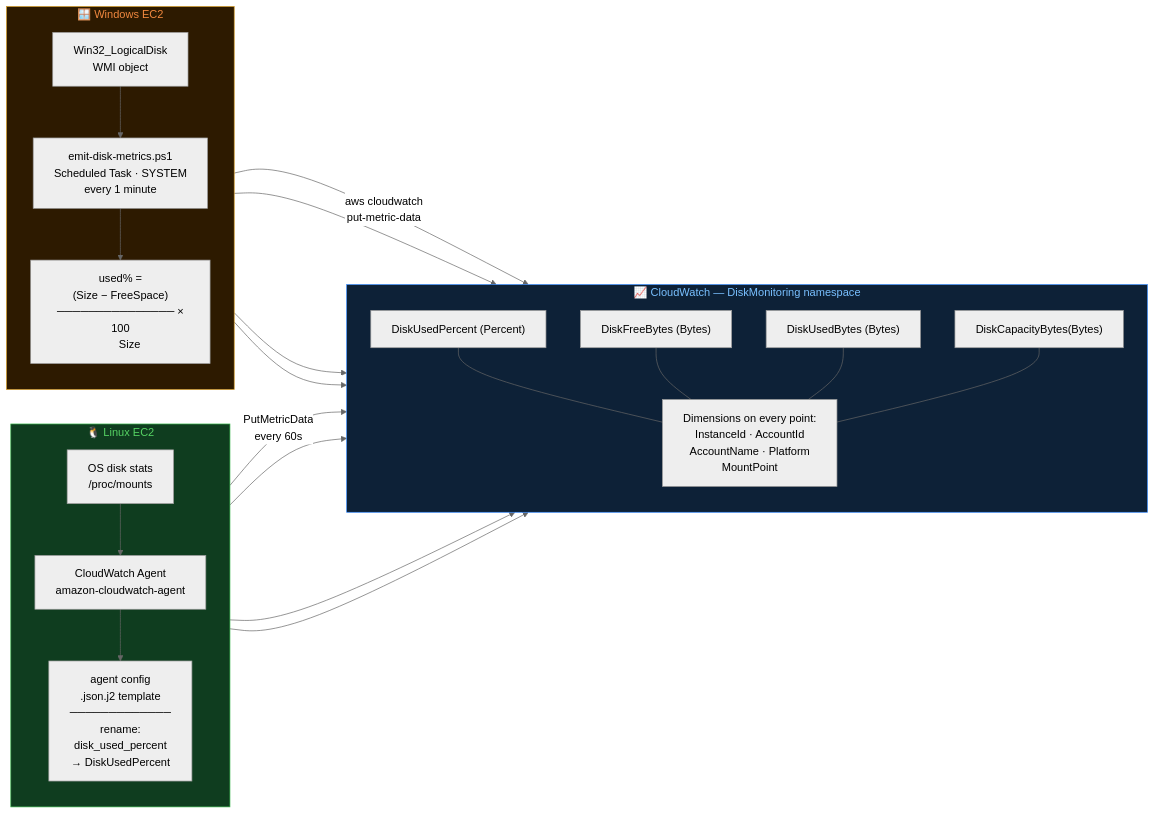
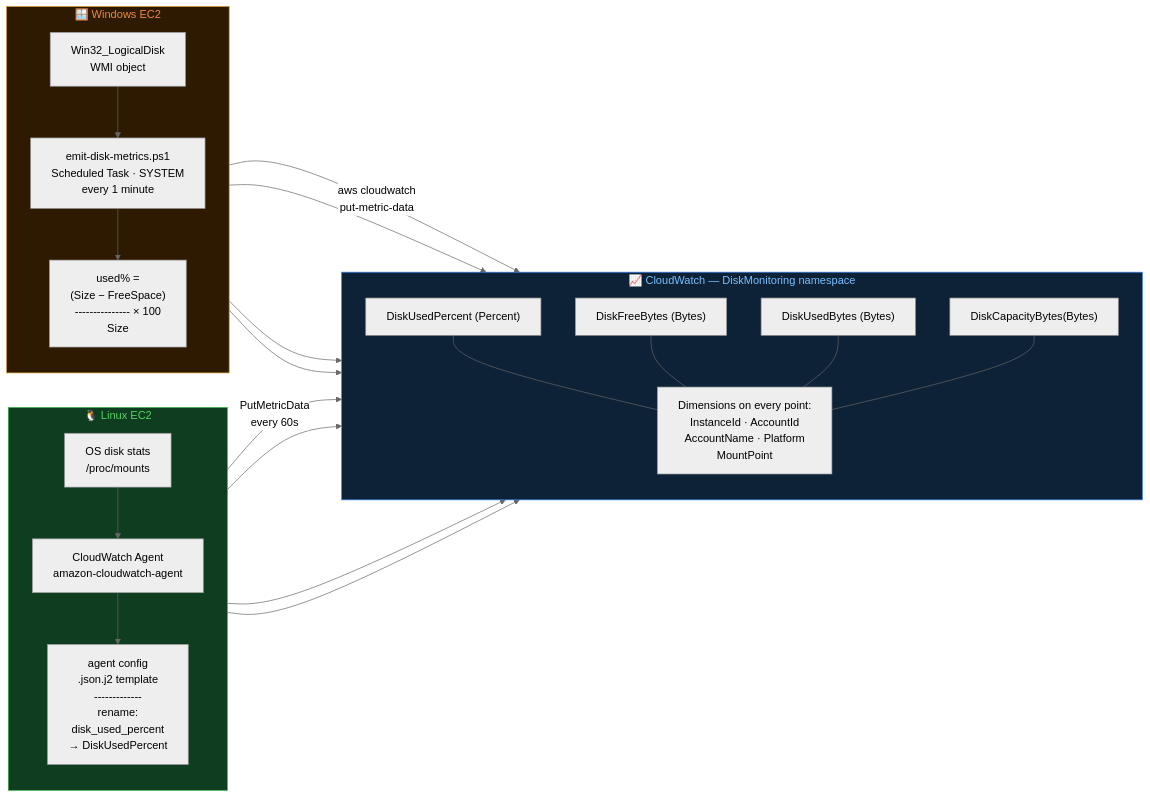
The second of 6 diagrams in docs/architecture.md (himanshu8693/aws-disk-monitoring), drawn with Mermaid (neutral theme) before and after one commit. The commit also changed other lines of this file, not shown here.

First line of the commit message:
Fix Mermaid parse errors in architecture diagrams

````diff
--- a/docs/architecture.md
+++ b/docs/architecture.md
@@ -96,37 +96,37 @@
 ```mermaid
 flowchart LR
     subgraph LINUX["🐧 Linux EC2"]
         direction TB
         OS_L["OS disk stats\n/proc/mounts"]
         CWA["CloudWatch Agent\namazon-cloudwatch-agent"]
-        CFG["agent config\n.json.j2 template\n─────────────\nrename:\n  disk_used_percent\n  → DiskUsedPercent"]
+        CFG["agent config\n.json.j2 template\n-------------\nrename:\n  disk_used_percent\n  → DiskUsedPercent"]
         OS_L --> CWA --> CFG
     end
 
     subgraph WINDOWS["🪟 Windows EC2"]
         direction TB
         WMI["Win32_LogicalDisk\nWMI object"]
         PS["emit-disk-metrics.ps1\nScheduled Task · SYSTEM\nevery 1 minute"]
-        CALC["used% =\n(Size − FreeSpace)\n ─────────────── × 100\n      Size"]
+        CALC["used% =\n(Size − FreeSpace)\n --------------- × 100\n      Size"]
         WMI --> PS --> CALC
     end
 
     subgraph METRIC["📈 CloudWatch — DiskMonitoring namespace"]
         direction TB
         M1["DiskUsedPercent  (Percent)"]
         M2["DiskFreeBytes    (Bytes)"]
         M3["DiskUsedBytes    (Bytes)"]
         M4["DiskCapacityBytes(Bytes)"]
         DIMS["Dimensions on every point:\nInstanceId · AccountId\nAccountName · Platform\nMountPoint"]
     end
 
     CFG  -->|"PutMetricData\nevery 60s"| M1
     CALC -->|"aws cloudwatch\nput-metric-data"| M1
     CFG  --> M2 & M3 & M4
     CALC --> M2 & M3 & M4
     M1 & M2 & M3 & M4 --- DIMS
 
     style LINUX   fill:#0f3d1f,stroke:#3fb950,color:#56d364
     style WINDOWS fill:#2d1a00,stroke:#d29922,color:#f0883e
     style METRIC  fill:#0d2137,stroke:#388bfd,color:#79c0ff
 ```
````
